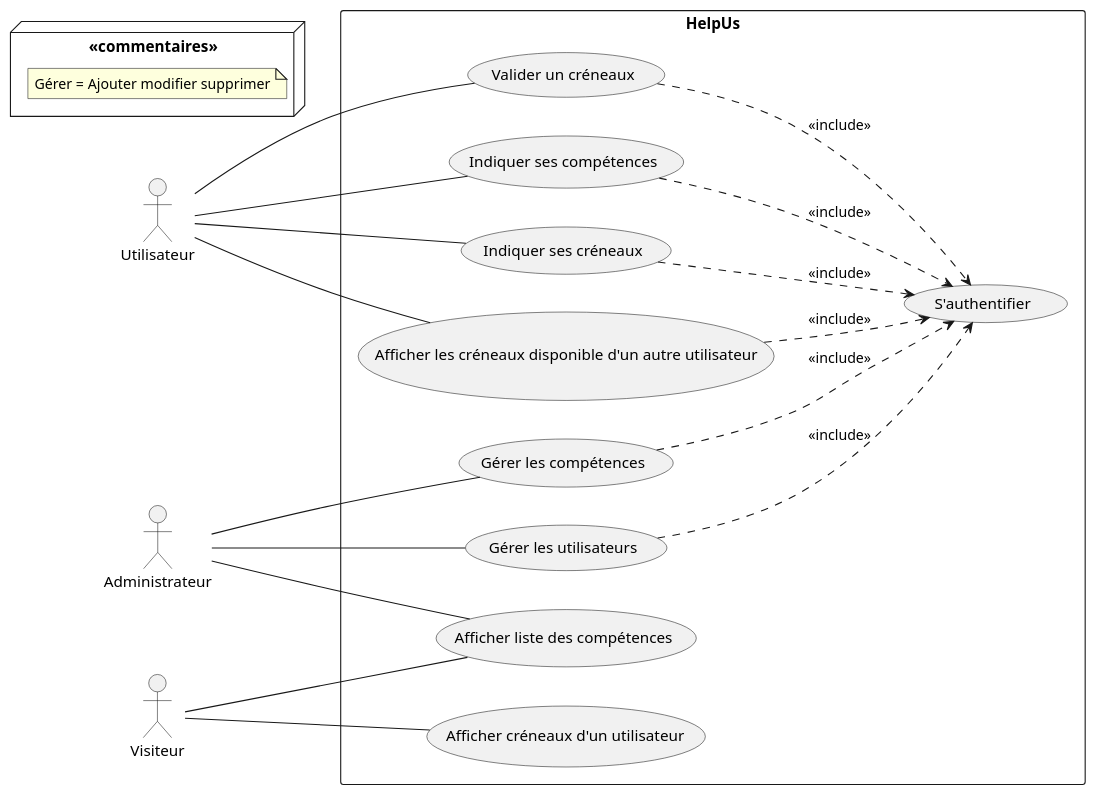
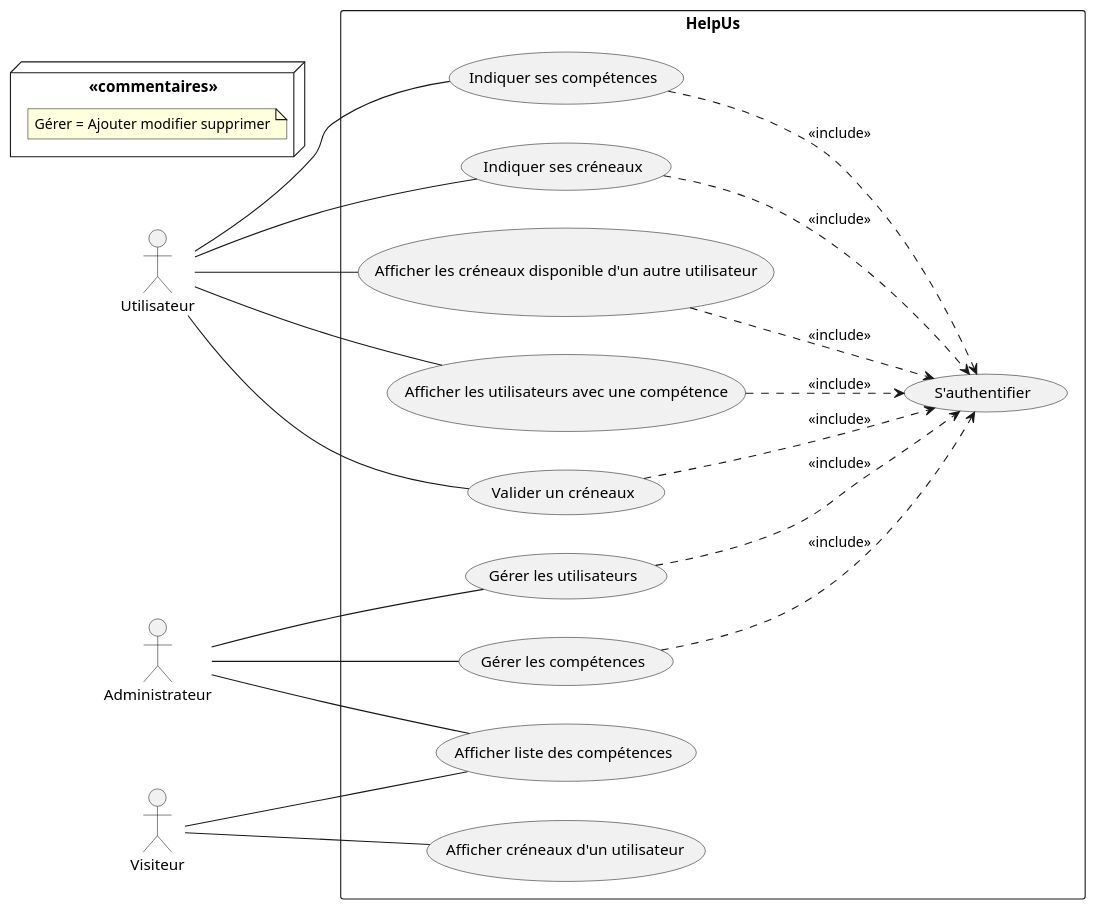
The diagram in Conception/UseCase_HelpUs.puml (PinsolleP/HelpUs), drawn with PlantUML before and after one commit.

Commit message:
Ajout d'un use case utilisateur

```diff
--- a/Conception/UseCase_HelpUs.puml
+++ b/Conception/UseCase_HelpUs.puml
@@ -1,54 +1,56 @@
 @startuml
 left to right direction
 
 actor "Utilisateur" as U
 actor "Administrateur" as A
 actor "Visiteur" as V
 
 
 rectangle "HelpUs" {
     usecase "Gérer les compétences" as UC1
     usecase "Gérer les utilisateurs" as UC2
     usecase "S'authentifier" as UC3
     usecase "Indiquer ses compétences" as UC4
     usecase "Indiquer ses créneaux" as UC5
     usecase "Afficher les créneaux disponible d'un autre utilisateur" as UC6
-
+    usecase "Afficher les utilisateurs avec une compétence" as UC10
     usecase "Valider un créneaux" as UC7
     usecase "Afficher créneaux d'un utilisateur" as UC8
     usecase "Afficher liste des compétences" as UC9
 
 
 }
 
 U -- UC4
 U -- UC5
 U -- UC6
 U -- UC7
+U -- UC10
 
 A -- UC1
 A -- UC2
 A -- UC9
 
 V -- UC8
 V -- UC9
 
 
 
 UC2 ..> UC3 : <<include>>
 UC1 ..> UC3 : <<include>>
 UC4 ..> UC3 : <<include>>
 UC5 ..> UC3 : <<include>>
 UC6 ..> UC3 : <<include>>
 UC7 ..> UC3 : <<include>>
+UC10 ..> UC3 : <<include>>
 
 
 skinparam componentStyle uml2
 left to right direction
 
 node "<<commentaires>>" {
 note "Gérer = Ajouter modifier supprimer" as n1
 }
 
 
 @enduml
```
